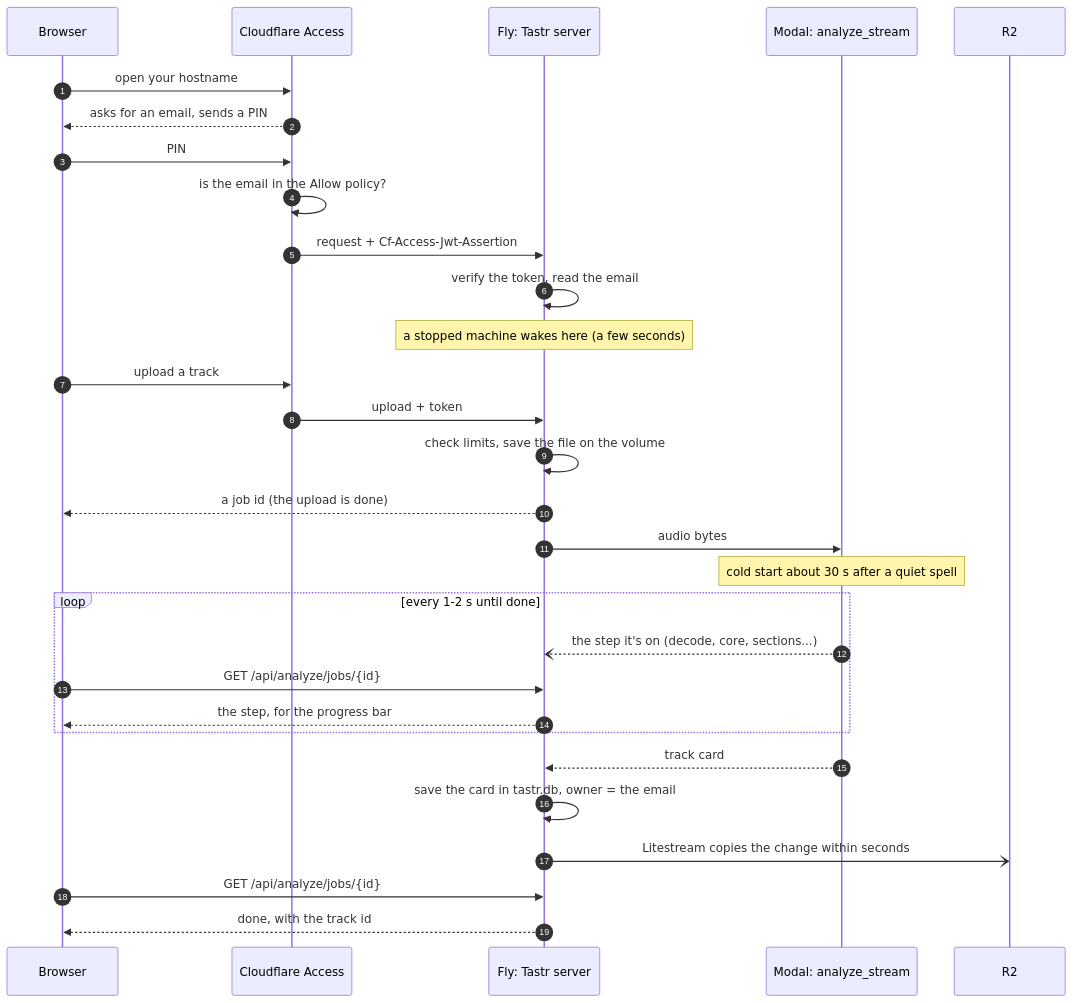
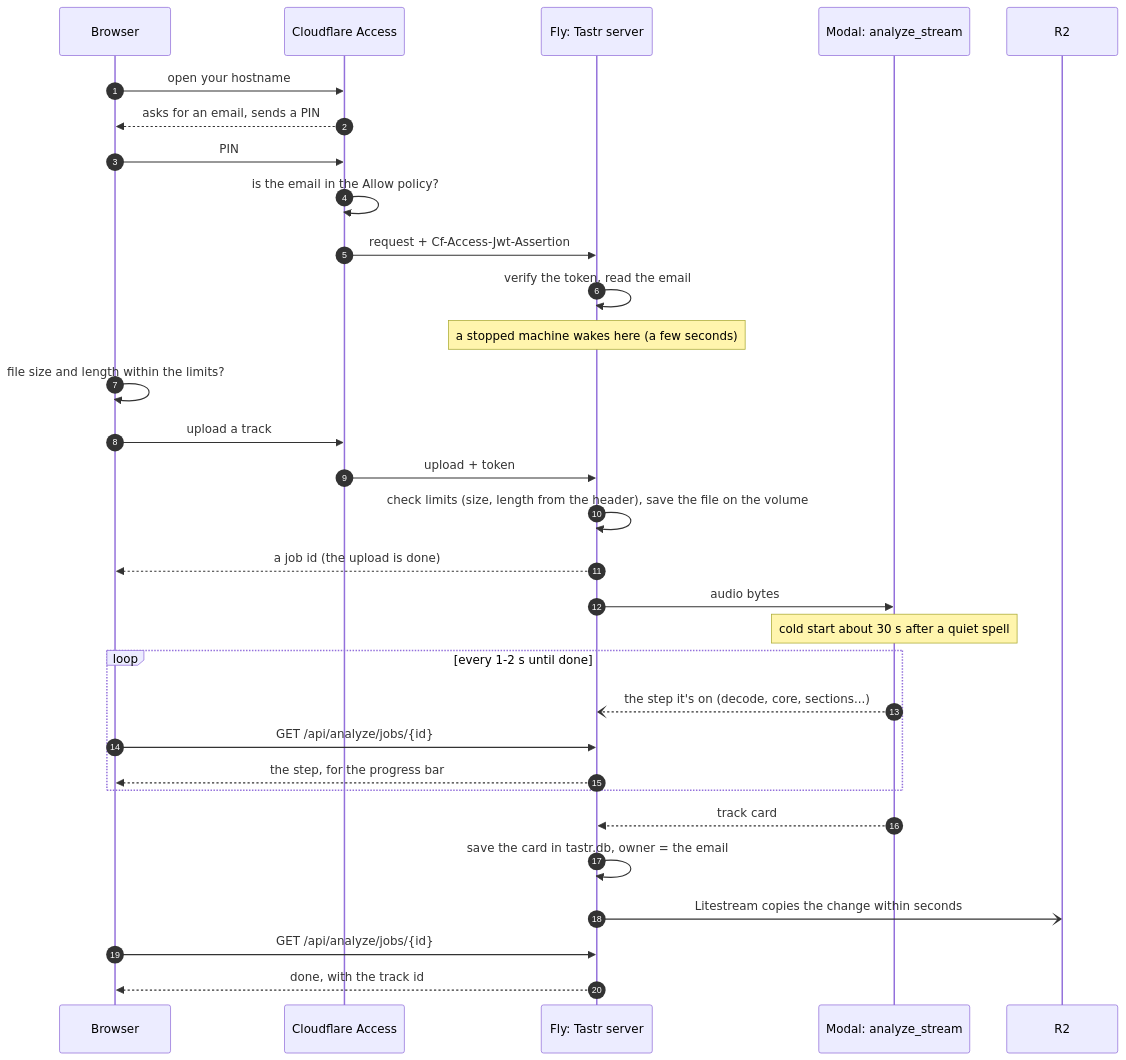
Before and after one commit to pocketIlmatto/tastr: the second of 2 diagrams in docs/hosting-map.md, drawn with Mermaid. The commit also changed other lines of this file and 5 other files, not shown here.

````diff
--- a/docs/hosting-map.md
+++ b/docs/hosting-map.md
@@ -67,32 +67,33 @@
 ```mermaid
 sequenceDiagram
   autonumber
   participant B as Browser
   participant C as Cloudflare Access
   participant W as Fly: Tastr server
   participant M as Modal: analyze_stream
   participant R as R2
   B->>C: open your hostname
   C-->>B: asks for an email, sends a PIN
   B->>C: PIN
   C->>C: is the email in the Allow policy?
   C->>W: request + Cf-Access-Jwt-Assertion
   W->>W: verify the token, read the email
   Note over W: a stopped machine wakes here (a few seconds)
+  B->>B: file size and length within the limits?
   B->>C: upload a track
   C->>W: upload + token
-  W->>W: check limits, save the file on the volume
+  W->>W: check limits (size, length from the header), save the file on the volume
   W-->>B: a job id (the upload is done)
   W->>M: audio bytes
   Note over M: cold start about 30 s after a quiet spell
   loop every 1-2 s until done
     M--)W: the step it's on (decode, core, sections...)
     B->>W: GET /api/analyze/jobs/{id}
     W-->>B: the step, for the progress bar
   end
   M-->>W: track card
   W->>W: save the card in tastr.db, owner = the email
   W-)R: Litestream copies the change within seconds
   B->>W: GET /api/analyze/jobs/{id}
   W-->>B: done, with the track id
 ```
````
